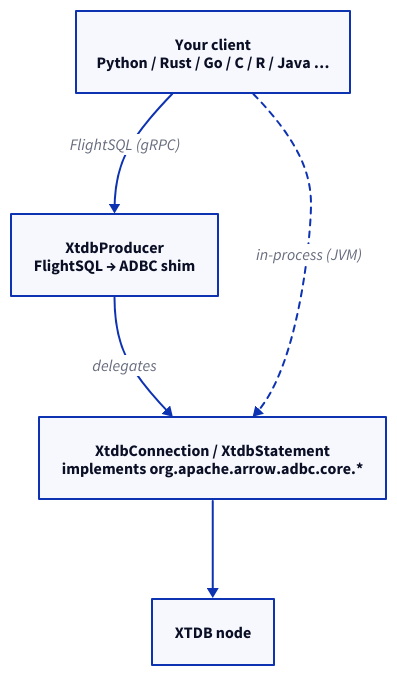
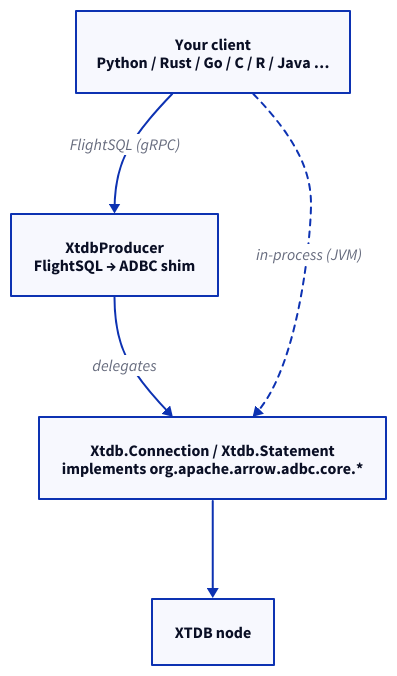
Before and after one commit to xtdb/xtdb: the diagram in docs/src/content/docs/drivers/adbc/reference.md, drawn with D2. The commit also changed other lines of this file and 1 other file, not shown here.

First line of the commit message:
docs(adbc): track the rename to Xtdb.Connection / Xtdb.Statement

````diff
--- a/docs/src/content/docs/drivers/adbc/reference.md
+++ b/docs/src/content/docs/drivers/adbc/reference.md
@@ -320,15 +319,15 @@
 ```d2 sketch="false" theme="200" title="ADBC: two surfaces over one implementation"
 direction: down
 
 client: "Your client\nPython / Rust / Go / C / R / Java …"
 producer: "XtdbProducer\nFlightSQL → ADBC shim"
-impl: "XtdbConnection / XtdbStatement\nimplements org.apache.arrow.adbc.core.*"
+impl: "Xtdb.Connection / Xtdb.Statement\nimplements org.apache.arrow.adbc.core.*"
 node: XTDB node
 
 client -> producer: "FlightSQL (gRPC)"
 producer -> impl: "delegates"
 impl -> node
 client -> impl: "in-process (JVM)" {
   style.stroke-dash: 3
 }
 ```
````
